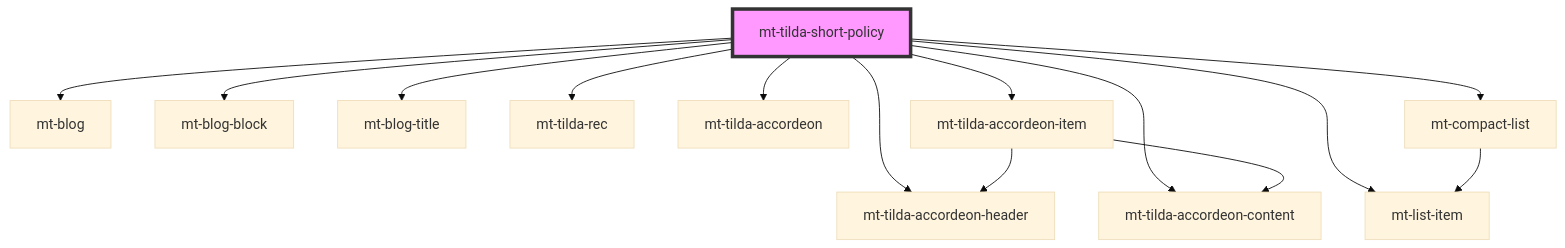
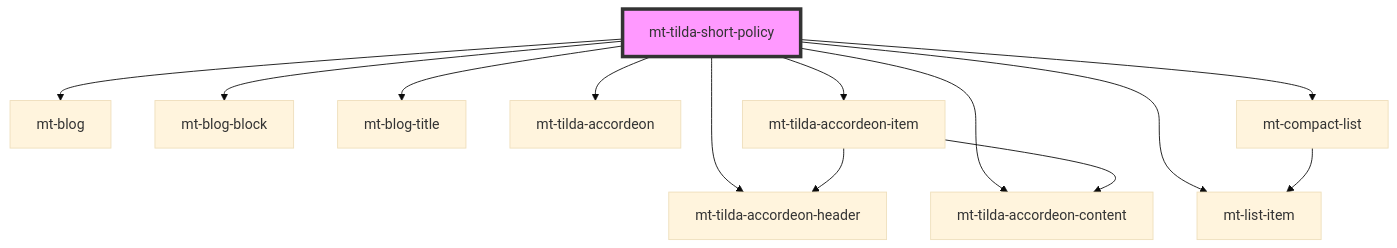
One commit to elpupi/stencil changed the diagram in src/components/tilda/mt-tilda-short-policy/readme.md. Above: the diagram before and after it, drawn with Mermaid (base theme). The commit also changed other lines of this file and 26 other files, not shown here.

Commit message:
init blocks in mt-tilda-rec + fix accordeon with jquery

````diff
--- a/src/components/tilda/mt-tilda-short-policy/readme.md
+++ b/src/components/tilda/mt-tilda-short-policy/readme.md
@@ -48,17 +47,16 @@
 ```mermaid
 graph TD;
   mt-tilda-short-policy --> mt-blog
   mt-tilda-short-policy --> mt-blog-block
   mt-tilda-short-policy --> mt-blog-title
-  mt-tilda-short-policy --> mt-tilda-rec
   mt-tilda-short-policy --> mt-tilda-accordeon
   mt-tilda-short-policy --> mt-tilda-accordeon-item
   mt-tilda-short-policy --> mt-tilda-accordeon-header
   mt-tilda-short-policy --> mt-tilda-accordeon-content
   mt-tilda-short-policy --> mt-compact-list
   mt-tilda-short-policy --> mt-list-item
   mt-tilda-accordeon-item --> mt-tilda-accordeon-header
   mt-tilda-accordeon-item --> mt-tilda-accordeon-content
   mt-compact-list --> mt-list-item
   style mt-tilda-short-policy fill:#f9f,stroke:#333,stroke-width:4px
 ```
````
